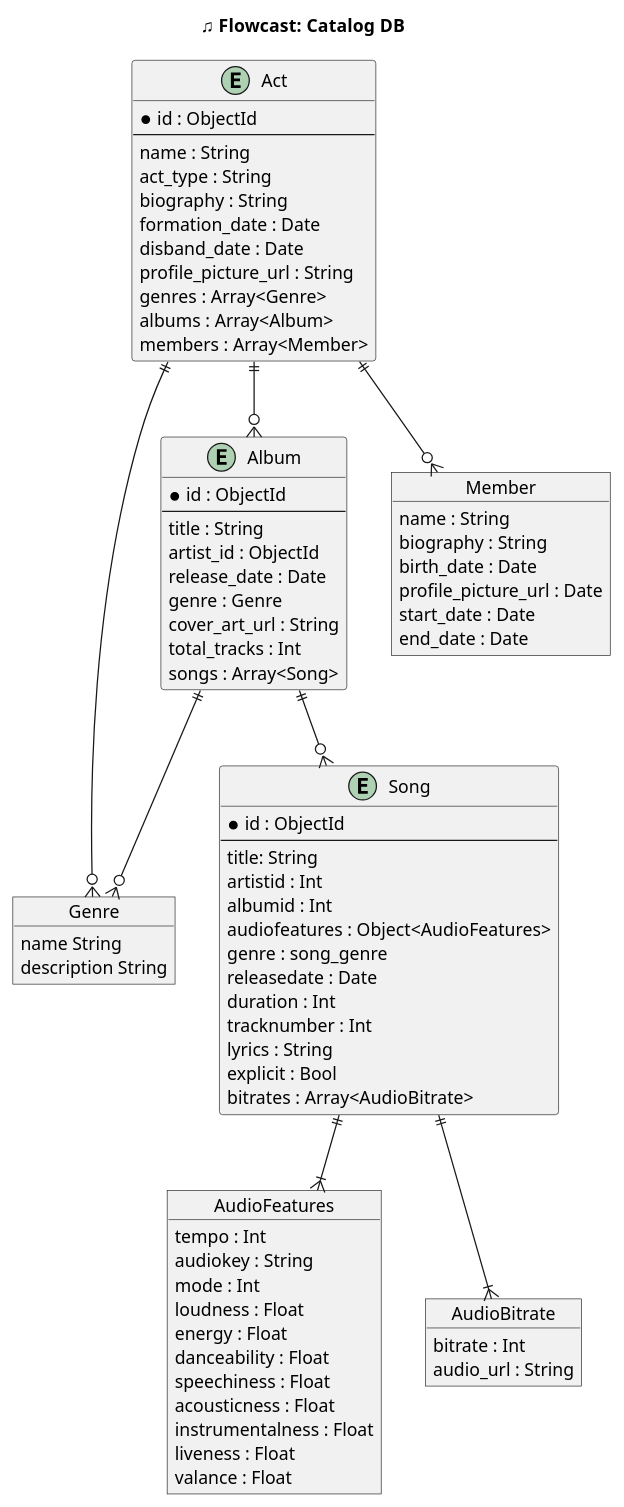
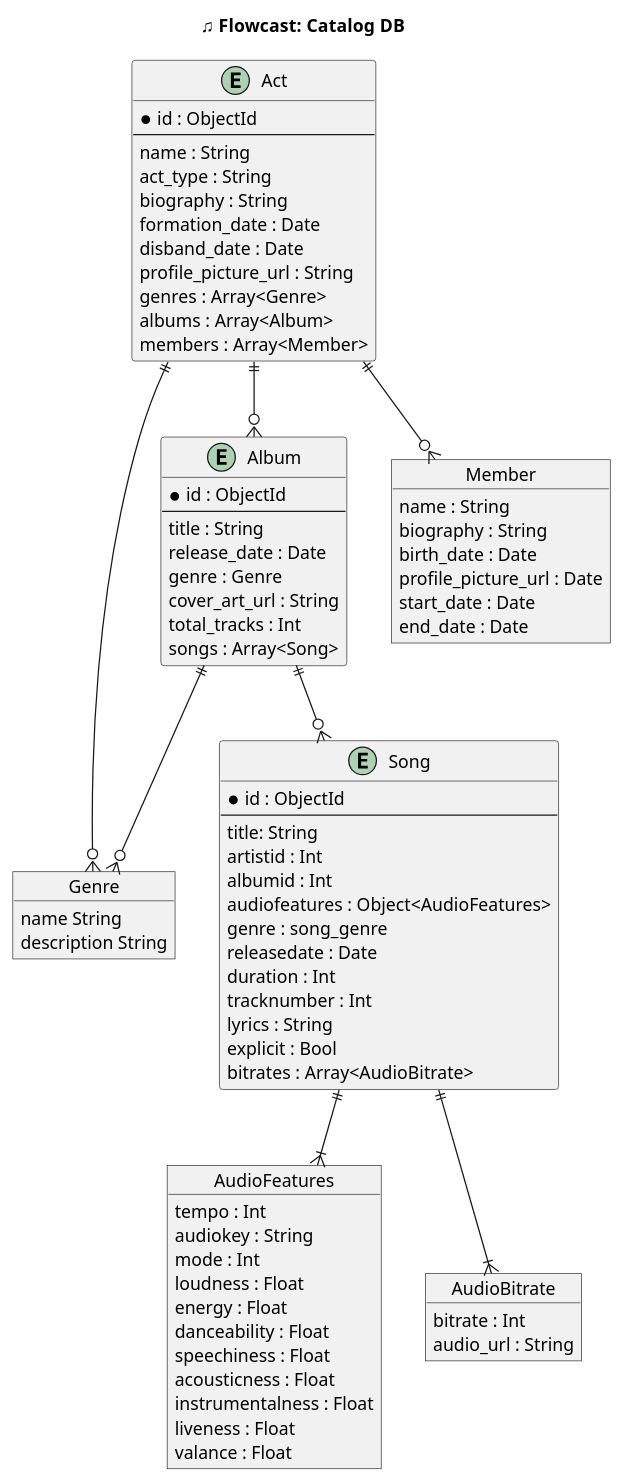
Before and after one commit to JorgeO3/flowcast: the diagram in docs/catalog_db.puml, drawn with PlantUML. The commit also changed 23 other files, not shown here.

```diff
--- a/docs/catalog_db.puml
+++ b/docs/catalog_db.puml
@@ -1,95 +1,92 @@
 @startuml
 title ♫ Flowcast: Catalog DB
 
 ' hide the spot
 ' hide circle
 
 ' avoid problems with angled crows feet
 ' skinparam linetype ortho
 
 entity Act {
   * id : ObjectId
   --
   name : String
   act_type : String
   biography : String
   formation_date : Date
   disband_date : Date
   profile_picture_url : String
   genres : Array<Genre>
   albums : Array<Album>
   members : Array<Member>
 }
 
 object Genre {
   name String
   description String
 }
 
 entity Album {
   * id : ObjectId
   --
   title : String
-  artist_id : ObjectId
   release_date : Date
   genre : Genre
   cover_art_url : String
   total_tracks : Int
   songs : Array<Song>
 }
 
 object Member {
   name : String
   biography : String
   birth_date : Date
   profile_picture_url : Date
   start_date : Date
   end_date : Date
 }
 
-
 entity Song {
   * id : ObjectId
   --
 	title: String
 	artistid : Int
 	albumid : Int
 	audiofeatures : Object<AudioFeatures>
 	genre : song_genre
 	releasedate : Date
 	duration : Int
 	tracknumber : Int
 	lyrics : String
 	explicit : Bool
 	bitrates : Array<AudioBitrate>
 }
-
 
 object AudioFeatures {
 	tempo : Int
 	audiokey : String
 	mode : Int
 	loudness : Float
 	energy : Float
 	danceability : Float
 	speechiness : Float
 	acousticness : Float
 	instrumentalness : Float
 	liveness : Float
 	valance : Float
 }
 
 object AudioBitrate {
   bitrate : Int
   audio_url : String
 }
 
 Act ||--o{ Genre
 Act ||--o{ Album
 Act ||--o{ Member
 Album ||--o{ Genre
 Album ||--o{ Song
 Song ||--|{ AudioBitrate
 Song ||--|{ AudioFeatures
 
 @enduml
```
